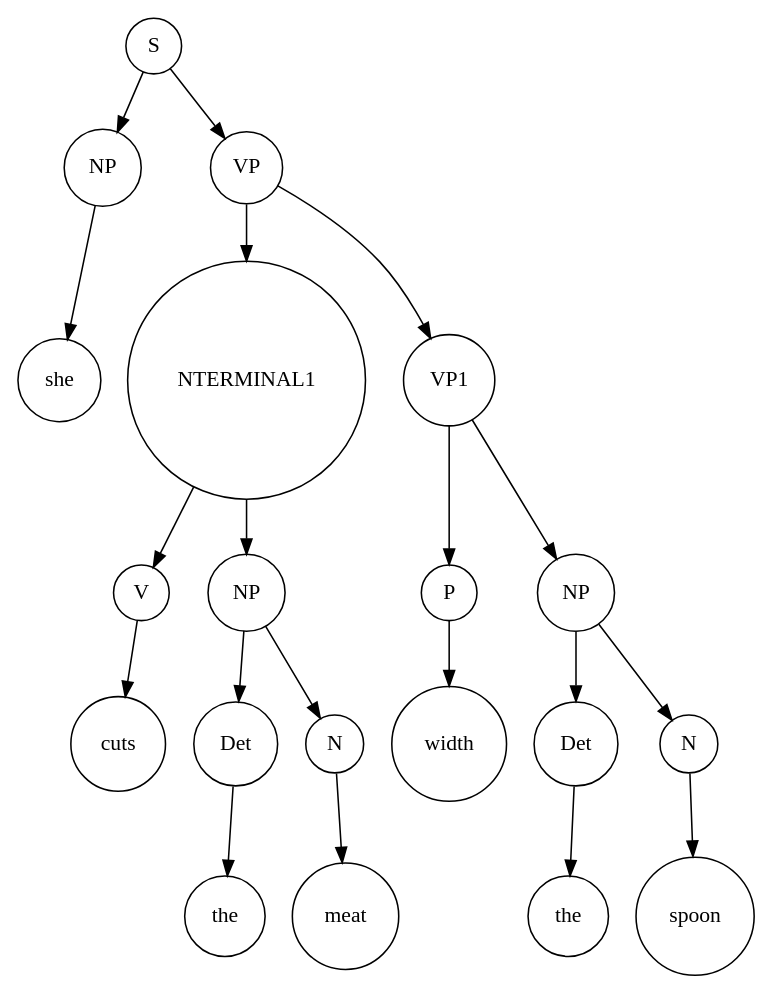
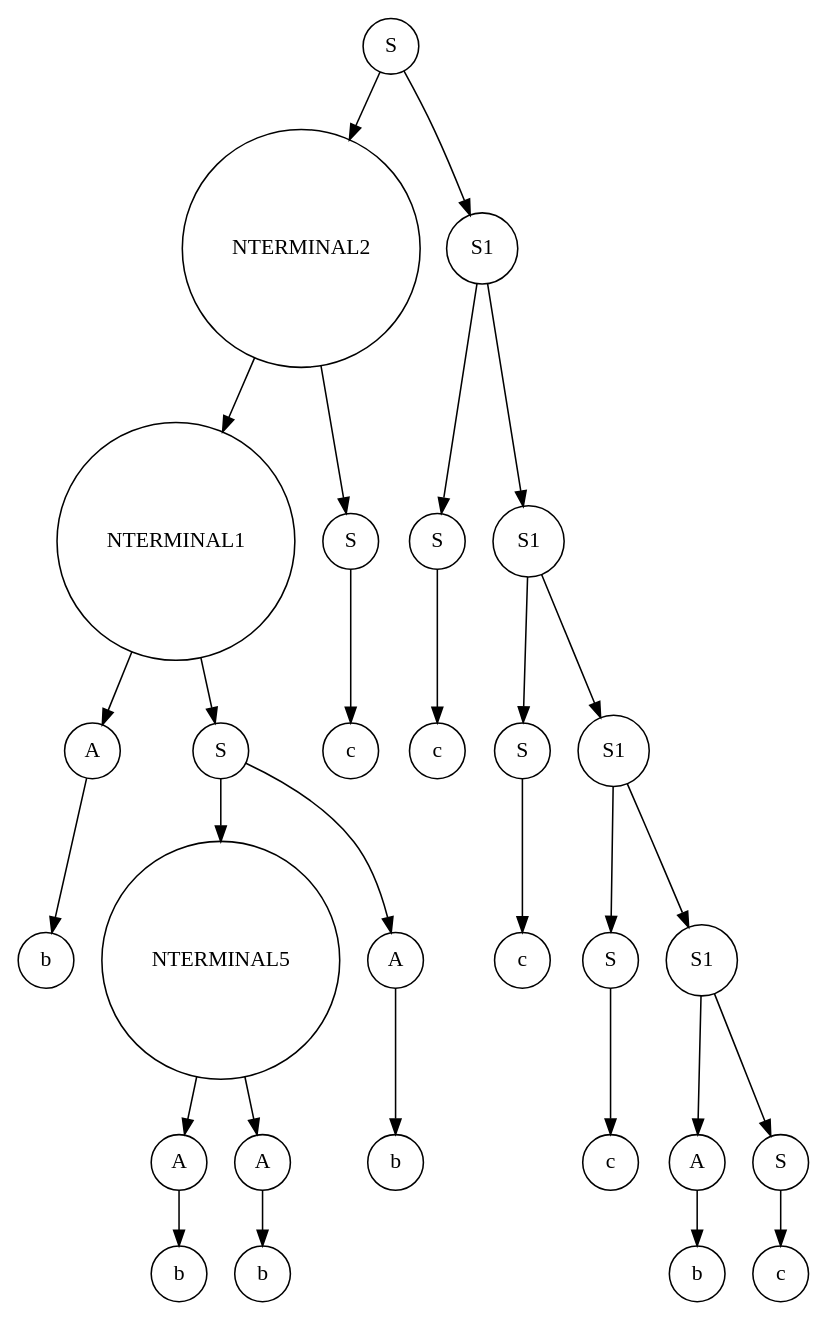
Before and after one commit to DiggsPapu/TeoriaComputacion: the diagram in parse_tree.dot, drawn with Graphviz. The commit also changed 6 other files, not shown here.

```diff
--- a/parse_tree.dot
+++ b/parse_tree.dot
@@ -1,43 +1,61 @@
 digraph AFD{
 node [shape=circle];
 rankdir=UD;
 S [shape=circle] [label="S"];
-NP [shape=circle] [label="NP"];
-she [shape=circle] [label="she"];
-VP [shape=circle] [label="VP"];
+NTERMINAL2 [shape=circle] [label="NTERMINAL2"];
 NTERMINAL1 [shape=circle] [label="NTERMINAL1"];
-V [shape=circle] [label="V"];
-cuts [shape=circle] [label="cuts"];
-NP_2 [shape=circle] [label="NP"];
-Det [shape=circle] [label="Det"];
-the [shape=circle] [label="the"];
-N [shape=circle] [label="N"];
-meat [shape=circle] [label="meat"];
-VP1 [shape=circle] [label="VP1"];
-P [shape=circle] [label="P"];
-width [shape=circle] [label="width"];
-NP_3 [shape=circle] [label="NP"];
-Det_2 [shape=circle] [label="Det"];
-the_2 [shape=circle] [label="the"];
-N_2 [shape=circle] [label="N"];
-spoon [shape=circle] [label="spoon"];
-S->NP;
-NP->she;
-S->VP;
-VP->NTERMINAL1;
-NTERMINAL1->V;
-V->cuts;
-NTERMINAL1->NP_2;
-NP_2->Det;
-Det->the;
-NP_2->N;
-N->meat;
-VP->VP1;
-VP1->P;
-P->width;
-VP1->NP_3;
-NP_3->Det_2;
-Det_2->the_2;
-NP_3->N_2;
-N_2->spoon;
+A [shape=circle] [label="A"];
+b [shape=circle] [label="b"];
+S_2 [shape=circle] [label="S"];
+NTERMINAL5 [shape=circle] [label="NTERMINAL5"];
+A_2 [shape=circle] [label="A"];
+b_2 [shape=circle] [label="b"];
+A_3 [shape=circle] [label="A"];
+b_3 [shape=circle] [label="b"];
+A_4 [shape=circle] [label="A"];
+b_4 [shape=circle] [label="b"];
+S_3 [shape=circle] [label="S"];
+c [shape=circle] [label="c"];
+S1 [shape=circle] [label="S1"];
+S_4 [shape=circle] [label="S"];
+c_2 [shape=circle] [label="c"];
+S1_2 [shape=circle] [label="S1"];
+S_5 [shape=circle] [label="S"];
+c_3 [shape=circle] [label="c"];
+S1_3 [shape=circle] [label="S1"];
+S_6 [shape=circle] [label="S"];
+c_4 [shape=circle] [label="c"];
+S1_4 [shape=circle] [label="S1"];
+A_5 [shape=circle] [label="A"];
+b_5 [shape=circle] [label="b"];
+S_7 [shape=circle] [label="S"];
+c_5 [shape=circle] [label="c"];
+S->NTERMINAL2;
+NTERMINAL2->NTERMINAL1;
+NTERMINAL1->A;
+A->b;
+NTERMINAL1->S_2;
+S_2->NTERMINAL5;
+NTERMINAL5->A_2;
+A_2->b_2;
+NTERMINAL5->A_3;
+A_3->b_3;
+S_2->A_4;
+A_4->b_4;
+NTERMINAL2->S_3;
+S_3->c;
+S->S1;
+S1->S_4;
+S_4->c_2;
+S1->S1_2;
+S1_2->S_5;
+S_5->c_3;
+S1_2->S1_3;
+S1_3->S_6;
+S_6->c_4;
+S1_3->S1_4;
+S1_4->A_5;
+A_5->b_5;
+S1_4->S_7;
+S_7->c_5;
 }
```
